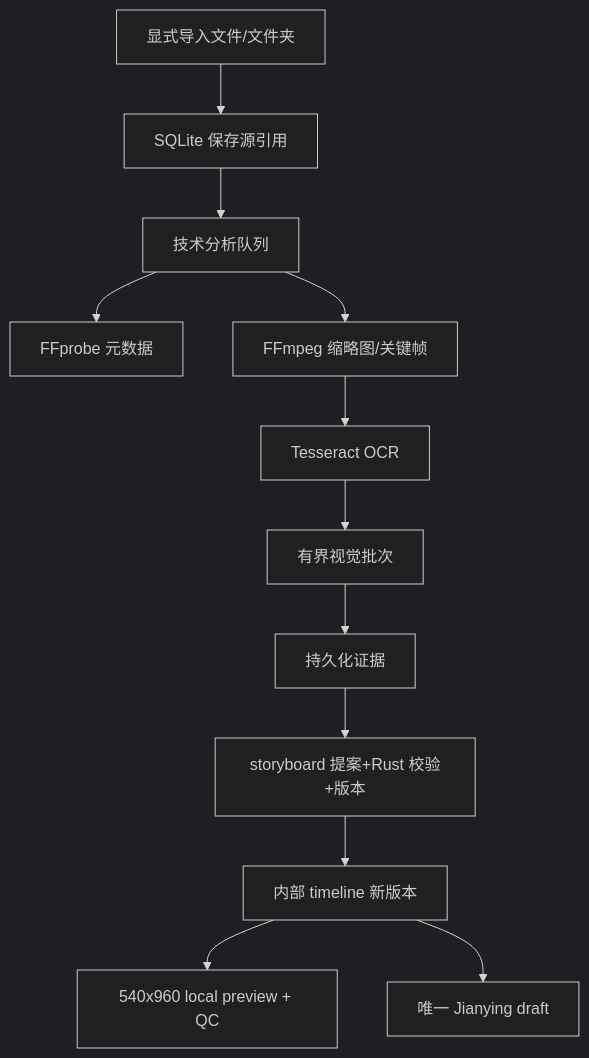
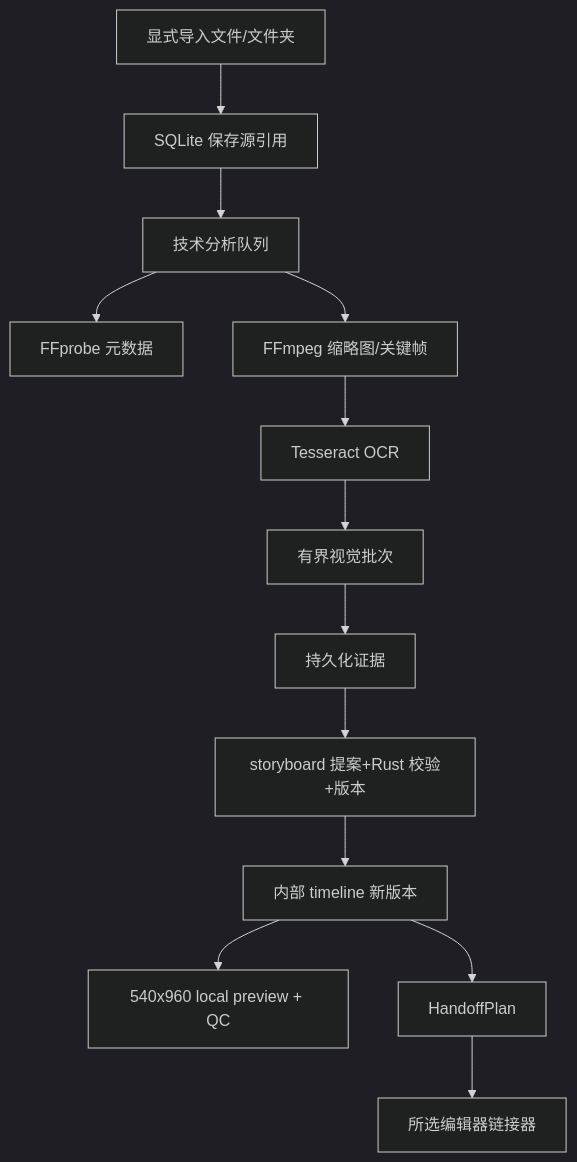
The third of 3 diagrams in docs/codebase/ARCHITECTURE.md (946256344-lab/ai-edit-agent), drawn with Mermaid (dark theme) before and after one commit. The commit also changed other lines of this file and 32 other files, not shown here.

First line of the commit message:
feat: deliver timelines through selectable editor ports

````diff
--- a/docs/codebase/ARCHITECTURE.md
+++ b/docs/codebase/ARCHITECTURE.md
@@ -80,14 +80,15 @@
 ```mermaid
 flowchart TD
   IMPORT["显式导入文件/文件夹"] --> REF["SQLite 保存源引用"]
   REF --> TECH["技术分析队列"]
   TECH --> PROBE["FFprobe 元数据"]
   TECH --> FRAMES["FFmpeg 缩略图/关键帧"]
   FRAMES --> OCR["Tesseract OCR"]
   OCR --> VISION["有界视觉批次"]
   VISION --> EVIDENCE["持久化证据"]
   EVIDENCE --> STORY["storyboard 提案+Rust 校验+版本"]
   STORY --> TL["内部 timeline 新版本"]
   TL --> PREVIEW["540x960 local preview + QC"]
-  TL --> JY["唯一 Jianying draft"]
+  TL --> HANDOFF["HandoffPlan"]
+  HANDOFF --> JY["所选编辑器链接器"]
 ```
````
